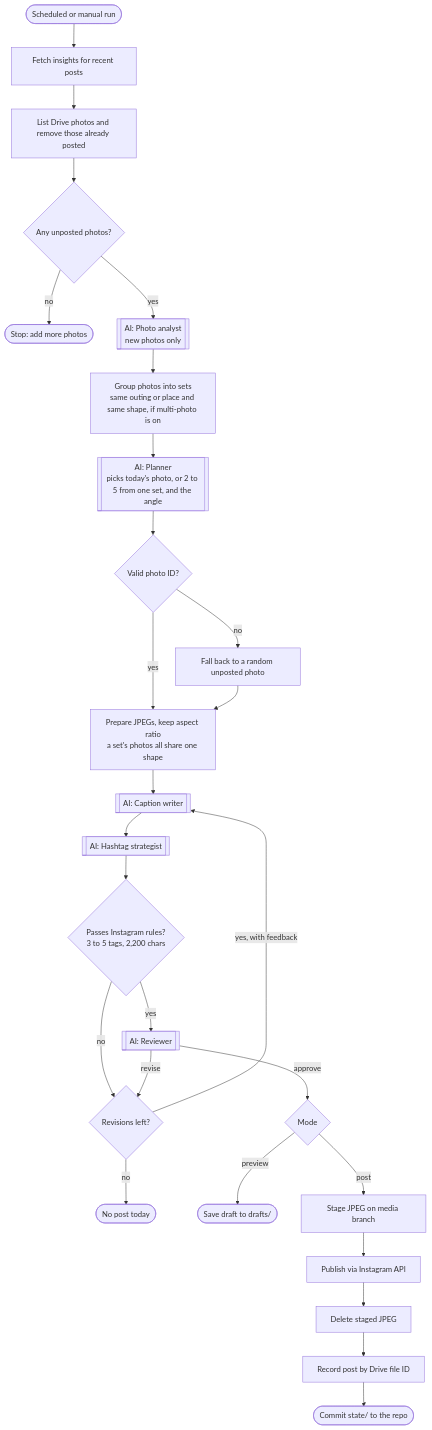
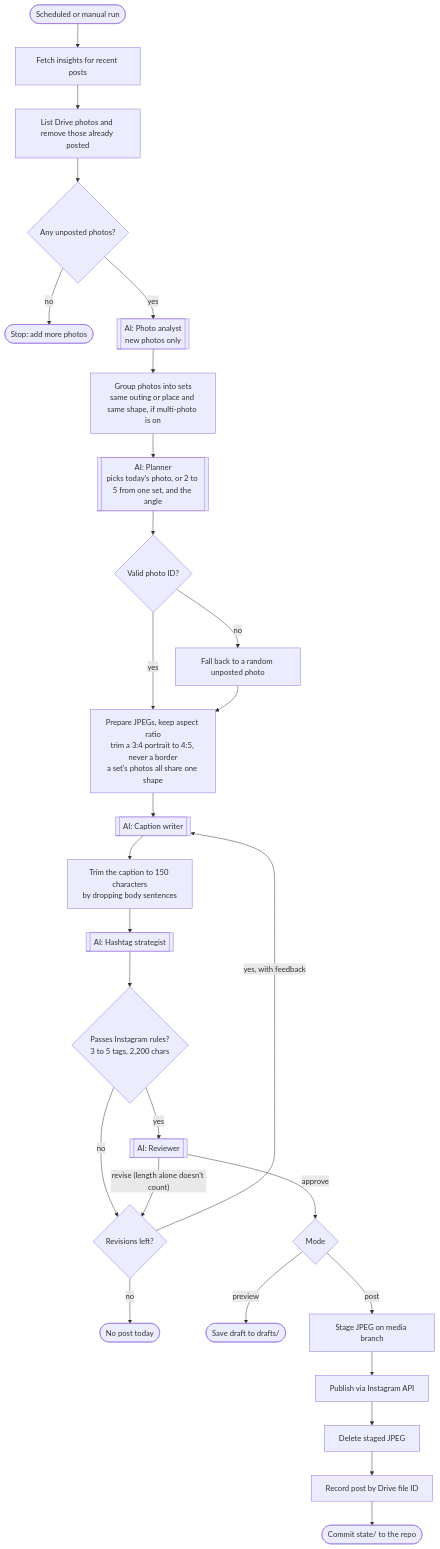
Before and after one commit to sritajkumarpatel/instaPostsForge: the second of 3 diagrams in docs/ARCHITECTURE.md, drawn with Mermaid. The commit also changed other lines of this file and 2 other files, not shown here.

Commit message:
Docs: short captions, relaxed safety rules, 4:5 trim, Meta errors and freeing deleted posts
Claude-Session: https://claude.ai/code/session_015cNqrVQ2imhDqtY4riKkrf

````diff
--- a/docs/ARCHITECTURE.md
+++ b/docs/ARCHITECTURE.md
@@ -30,29 +30,30 @@
 ```mermaid
 flowchart TD
     Start([Scheduled or manual run]) --> Insights[Fetch insights for recent posts]
     Insights --> List[List Drive photos and remove those already posted]
     List --> Empty{Any unposted photos?}
     Empty -- no --> Stop([Stop: add more photos])
     Empty -- yes --> Analyst[["AI: Photo analyst<br/>new photos only"]]
     Analyst --> Sets[Group photos into sets<br/>same outing or place and same shape, if multi-photo is on]
     Sets --> Planner[["AI: Planner<br/>picks today's photo, or 2 to 5 from one set, and the angle"]]
     Planner --> ValidPick{Valid photo ID?}
     ValidPick -- no --> Random[Fall back to a random unposted photo]
     ValidPick -- yes --> Prepare
-    Random --> Prepare[Prepare JPEGs, keep aspect ratio<br/>a set's photos all share one shape]
+    Random --> Prepare[Prepare JPEGs, keep aspect ratio<br/>trim a 3:4 portrait to 4:5, never a border<br/>a set's photos all share one shape]
     Prepare --> Writer[["AI: Caption writer"]]
-    Writer --> Tags[["AI: Hashtag strategist"]]
+    Writer --> Trim[Trim the caption to 150 characters<br/>by dropping body sentences]
+    Trim --> Tags[["AI: Hashtag strategist"]]
     Tags --> Rules{"Passes Instagram rules?<br/>3 to 5 tags, 2,200 chars"}
     Rules -- no --> Retry{Revisions left?}
     Rules -- yes --> Reviewer[["AI: Reviewer"]]
-    Reviewer -- revise --> Retry
+    Reviewer -- "revise (length alone doesn't count)" --> Retry
     Retry -- yes, with feedback --> Writer
     Retry -- no --> Skip([No post today])
     Reviewer -- approve --> Mode{Mode}
     Mode -- preview --> Draft([Save draft to drafts/])
     Mode -- post --> Stage[Stage JPEG on media branch]
     Stage --> Publish[Publish via Instagram API]
     Publish --> Cleanup[Delete staged JPEG]
     Cleanup --> Record[Record post by Drive file ID]
     Record --> Commit([Commit state/ to the repo])
 ```
````
